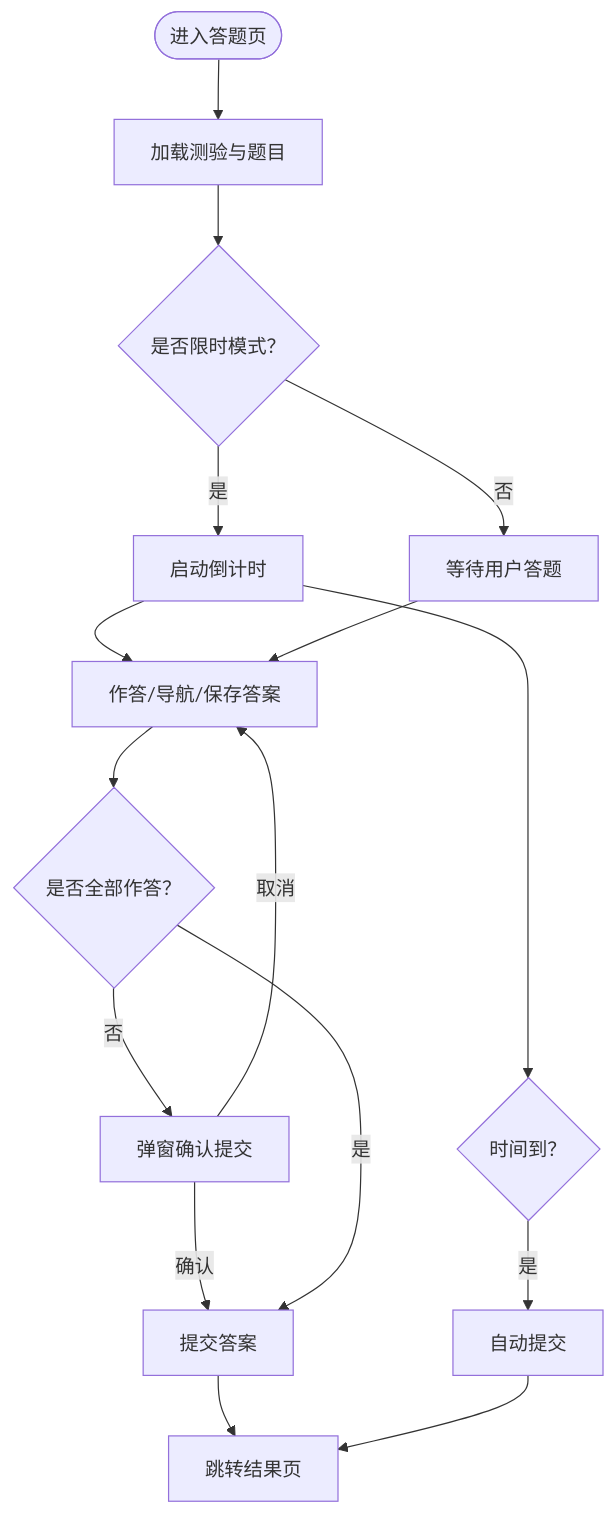
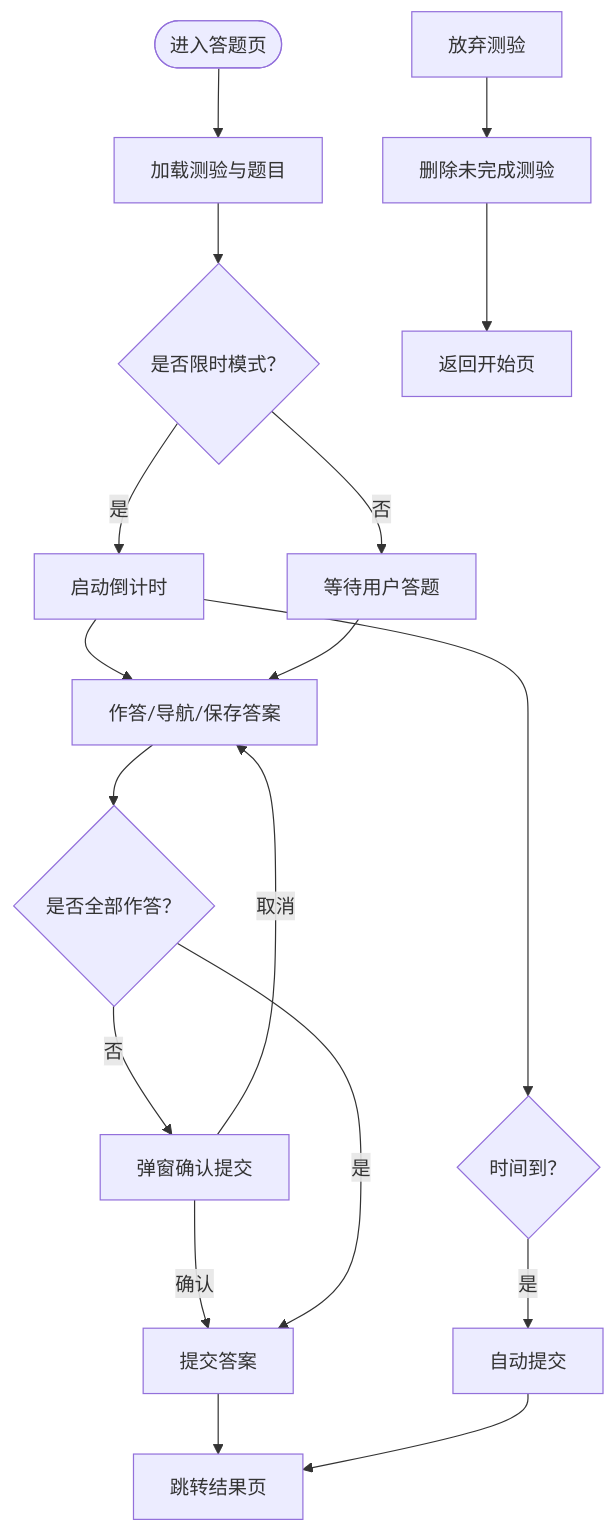
One commit to zhiwenli-jack/personal-learning-manager changed the third of 9 diagrams in .qoder/repowiki/zh/content/前端应用架构/视图组件/测验系统组件.md. Above: the diagram before and after it, drawn with Mermaid. The commit also changed other lines of this file and 12 other files, not shown here.

````diff
--- a/.qoder/repowiki/zh/content/前端应用架构/视图组件/测验系统组件.md
+++ b/.qoder/repowiki/zh/content/前端应用架构/视图组件/测验系统组件.md
@@ -228,18 +233,20 @@
 ```mermaid
 flowchart TD
 Start(["进入答题页"]) --> Load["加载测验与题目"]
 Load --> Mode{"是否限时模式？"}
 Mode --> |是| Timer["启动倒计时"]
 Mode --> |否| Wait["等待用户答题"]
 Timer --> Answer["作答/导航/保存答案"]
 Wait --> Answer
 Answer --> SubmitCheck{"是否全部作答？"}
 SubmitCheck --> |否| Confirm["弹窗确认提交"]
 Confirm --> |取消| Answer
 Confirm --> |确认| Submit["提交答案"]
 SubmitCheck --> |是| Submit
 Submit --> Redirect["跳转结果页"]
 Timer --> Timeout{"时间到？"}
 Timeout --> |是| AutoSubmit["自动提交"]
 AutoSubmit --> Redirect
+Abandon["放弃测验"] --> Delete["删除未完成测验"]
+Delete --> Back["返回开始页"]
 ```
````
